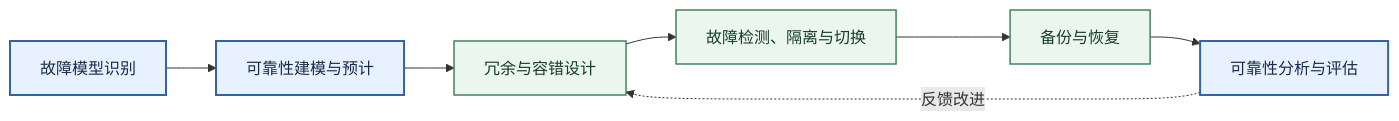
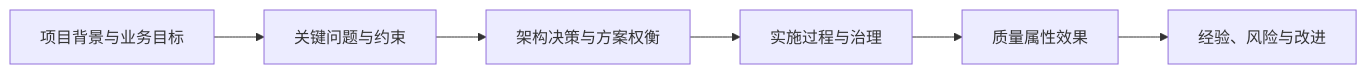
The first of 5 diagrams in docs/system-architecture-designer/01_官方大纲与考试政策/03_论文大纲脑图.md (mingf423/ruankao), drawn with Mermaid before and after one commit. The commit also changed other lines of this file, not shown here.

Commit message:
Redesign thesis diagrams around project reasoning flow

````diff
--- a/docs/system-architecture-designer/01_官方大纲与考试政策/03_论文大纲脑图.md
+++ b/docs/system-architecture-designer/01_官方大纲与考试政策/03_论文大纲脑图.md
@@ -178,13 +7,8 @@
-```mermaid
+~~~mermaid
 flowchart LR
-  A["故障模型识别"] --> B["可靠性建模与预计"]
-  B --> C["冗余与容错设计"]
-  C --> D["故障检测、隔离与切换"]
-  D --> E["备份与恢复"]
-  E --> F["可靠性分析与评估"]
-  F -.反馈改进.-> C
-  classDef step fill:#e8f1ff,stroke:#3563a8,color:#172b4d,stroke-width:2px
-  classDef action fill:#eaf6ef,stroke:#43845b,color:#173d27,stroke-width:1.5px
-  class A,B,F step
-  class C,D,E action
-```
+  A["项目背景与业务目标"] --> B["关键问题与约束"]
+  B --> C["架构决策与方案权衡"]
+  C --> D["实施过程与治理"]
+  D --> E["质量属性效果"]
+  E --> F["经验、风险与改进"]
+~~~
````
